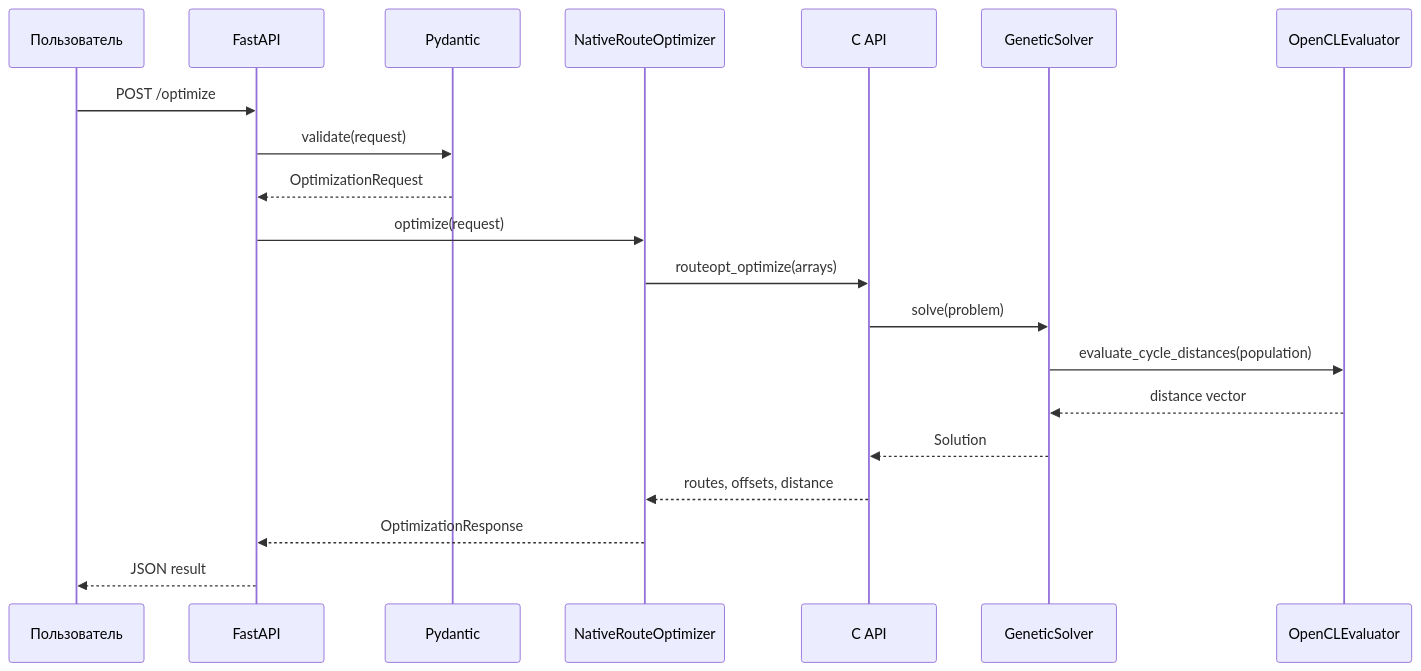
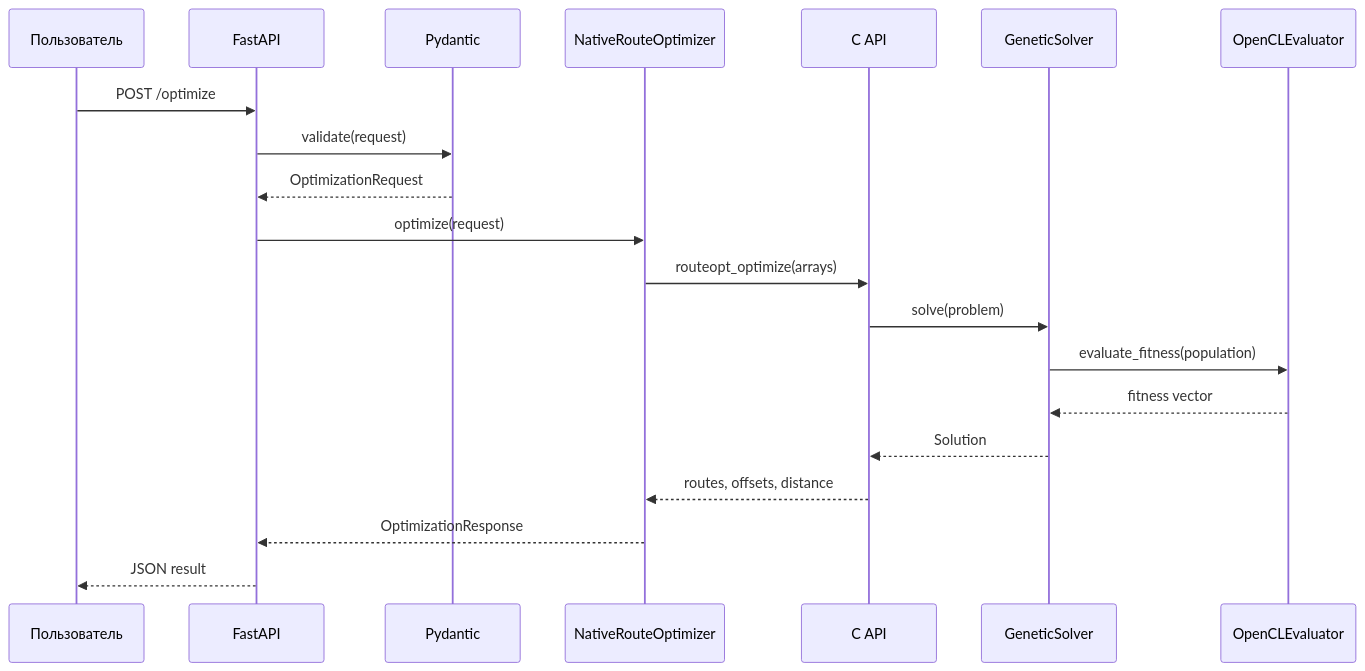
The third of 5 diagrams in docs/course-paper/course-paper.md (montana-exe/mitpcoursework), drawn with Mermaid before and after one commit. The commit also changed other lines of this file and 18 other files, not shown here.

````diff
--- a/docs/course-paper/course-paper.md
+++ b/docs/course-paper/course-paper.md
@@ -169,22 +171,22 @@
 ```mermaid
 sequenceDiagram
     participant U as Пользователь
     participant A as FastAPI
     participant P as Pydantic
     participant N as NativeRouteOptimizer
     participant C as C API
     participant G as GeneticSolver
     participant O as OpenCLEvaluator
     U->>A: POST /optimize
     A->>P: validate(request)
     P-->>A: OptimizationRequest
     A->>N: optimize(request)
     N->>C: routeopt_optimize(arrays)
     C->>G: solve(problem)
-    G->>O: evaluate_cycle_distances(population)
-    O-->>G: distance vector
+    G->>O: evaluate_fitness(population)
+    O-->>G: fitness vector
     G-->>C: Solution
     C-->>N: routes, offsets, distance
     N-->>A: OptimizationResponse
     A-->>U: JSON result
 ```
````
